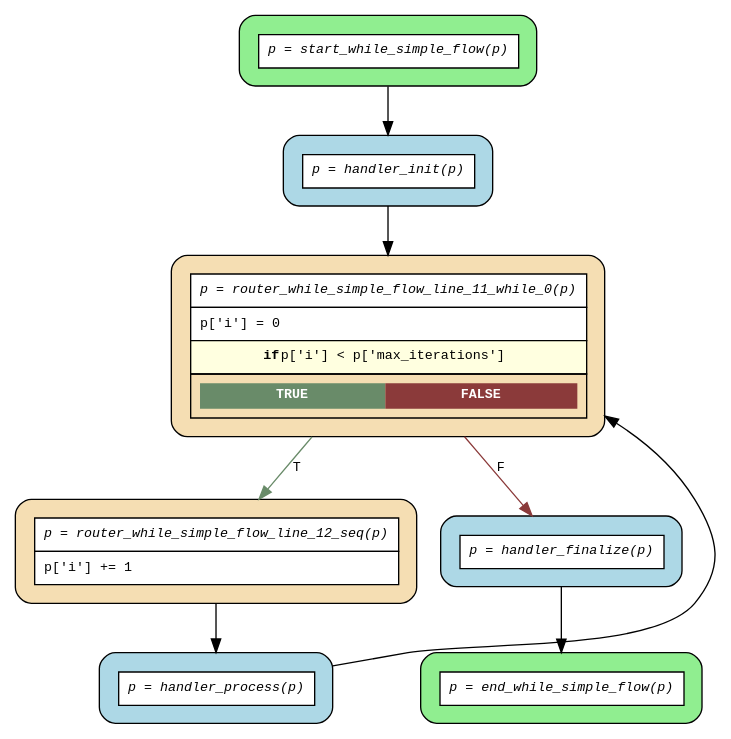
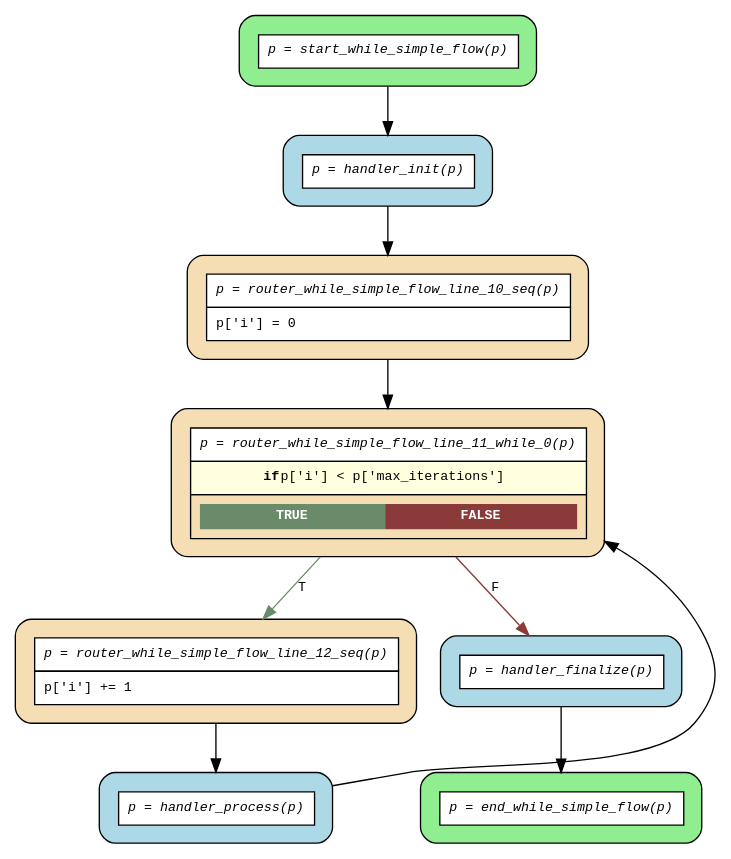
Before and after one commit to deliveryhero/asya: the diagram in examples/flows/compiled/while_simple/flow.dot, drawn with Graphviz. The commit also changed 31 other files, not shown here.

```diff
--- a/examples/flows/compiled/while_simple/flow.dot
+++ b/examples/flows/compiled/while_simple/flow.dot
@@ -1,22 +1,24 @@
 digraph flow {
   rankdir=TB;
   graph [fontname="Courier", fontsize=10];
   node [fontname="Courier", fontsize=10, shape=box, style="filled,rounded", margin="0.2"];
   edge [fontname="Courier", fontsize=10];
 
   start_while_simple_flow [fillcolor="lightgreen", label=<<table border="0" cellspacing="0" cellpadding="6" cellborder="1"><tr><td bgcolor="white" align="center"><i>p = start_while_simple_flow(p)</i></td></tr></table>>];
   router_while_simple_flow_line_12_seq [fillcolor="wheat", label=<<table border="0" cellspacing="0" cellpadding="6" cellborder="1"><tr><td bgcolor="white" align="center"><i>p = router_while_simple_flow_line_12_seq(p)</i></td></tr><tr><td bgcolor="white" align="left">p['i'] += 1</td></tr></table>>];
-  router_while_simple_flow_line_11_while_0 [fillcolor="wheat", label=<<table border="0" cellspacing="0" cellpadding="6" cellborder="1"><tr><td bgcolor="white" align="center"><i>p = router_while_simple_flow_line_11_while_0(p)</i></td></tr><tr><td bgcolor="white" align="left">p['i'] = 0</td></tr><tr><td bgcolor="lightyellow"><b>if</b> p['i'] &lt; p['max_iterations']</td></tr><tr><td><table border="0" cellspacing="0" cellpadding="4"><tr><td bgcolor="darkseagreen4"><font color="white"><b>TRUE</b></font></td><td bgcolor="indianred4"><font color="white"><b>FALSE</b></font></td></tr></table></td></tr></table>>];
+  router_while_simple_flow_line_11_while_0 [fillcolor="wheat", label=<<table border="0" cellspacing="0" cellpadding="6" cellborder="1"><tr><td bgcolor="white" align="center"><i>p = router_while_simple_flow_line_11_while_0(p)</i></td></tr><tr><td bgcolor="lightyellow"><b>if</b> p['i'] &lt; p['max_iterations']</td></tr><tr><td><table border="0" cellspacing="0" cellpadding="4"><tr><td bgcolor="darkseagreen4"><font color="white"><b>TRUE</b></font></td><td bgcolor="indianred4"><font color="white"><b>FALSE</b></font></td></tr></table></td></tr></table>>];
+  router_while_simple_flow_line_10_seq [fillcolor="wheat", label=<<table border="0" cellspacing="0" cellpadding="6" cellborder="1"><tr><td bgcolor="white" align="center"><i>p = router_while_simple_flow_line_10_seq(p)</i></td></tr><tr><td bgcolor="white" align="left">p['i'] = 0</td></tr></table>>];
   end_while_simple_flow [fillcolor="lightgreen", label=<<table border="0" cellspacing="0" cellpadding="6" cellborder="1"><tr><td bgcolor="white" align="center"><i>p = end_while_simple_flow(p)</i></td></tr></table>>];
   handler_finalize [fillcolor="lightblue", label=<<table border="0" cellspacing="0" cellpadding="6" cellborder="1"><tr><td bgcolor="white" align="center"><i>p = handler_finalize(p)</i></td></tr></table>>];
   handler_init [fillcolor="lightblue", label=<<table border="0" cellspacing="0" cellpadding="6" cellborder="1"><tr><td bgcolor="white" align="center"><i>p = handler_init(p)</i></td></tr></table>>];
   handler_process [fillcolor="lightblue", label=<<table border="0" cellspacing="0" cellpadding="6" cellborder="1"><tr><td bgcolor="white" align="center"><i>p = handler_process(p)</i></td></tr></table>>];
 
   handler_finalize -> end_while_simple_flow;
-  handler_init -> router_while_simple_flow_line_11_while_0;
+  handler_init -> router_while_simple_flow_line_10_seq;
   handler_process -> router_while_simple_flow_line_11_while_0 [constraint=false];
+  router_while_simple_flow_line_10_seq -> router_while_simple_flow_line_11_while_0;
   router_while_simple_flow_line_11_while_0 -> handler_finalize [label="F", color=indianred4];
   router_while_simple_flow_line_11_while_0 -> router_while_simple_flow_line_12_seq [label="T", color=darkseagreen4];
   router_while_simple_flow_line_12_seq -> handler_process;
   start_while_simple_flow -> handler_init;
 }
```
